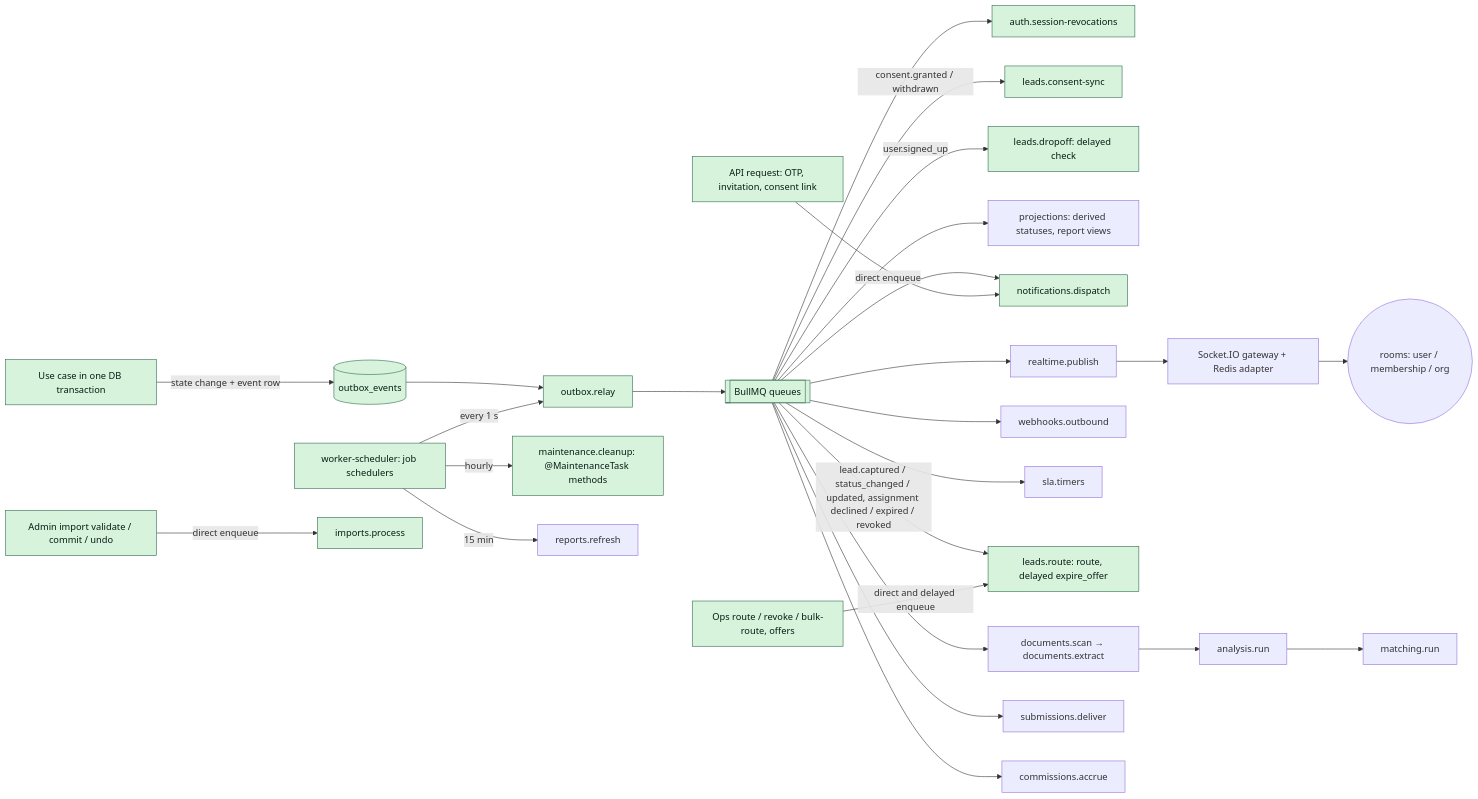
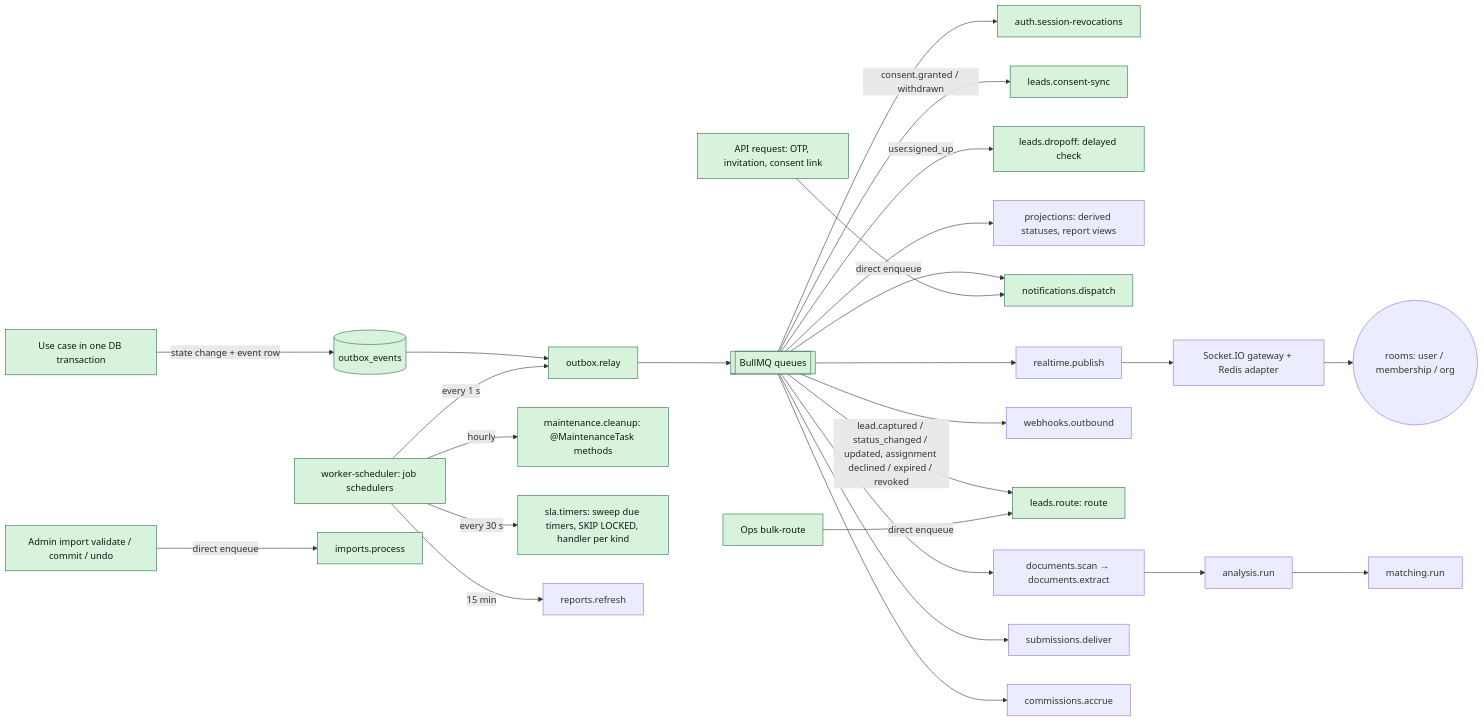
Before and after one commit to Shaikhfaruk/fundenflo: diagram 14 of 14 in docs/ARCHITECTURE.md, drawn with Mermaid. The commit also changed other lines of this file and 70 other files, not shown here.

First line of the commit message:
M1.8c: SLA timers, activities and follow-ups

````diff
--- a/docs/ARCHITECTURE.md
+++ b/docs/ARCHITECTURE.md
@@ -457,30 +457,30 @@
 ```mermaid
 flowchart LR
   UC[Use case in one DB transaction] -->|state change + event row| OB[(outbox_events)]
   OB --> RELAY[outbox.relay]
   SCHED[worker-scheduler: job schedulers] -->|every 1 s| RELAY
   SCHED -->|hourly| MAINT[maintenance.cleanup: @MaintenanceTask methods]
   RELAY --> Q[[BullMQ queues]]
   Q --> REVOKE[auth.session-revocations]
   Q -->|consent.granted / withdrawn| CSYNC[leads.consent-sync]
   Q -->|user.signed_up| DROPQ[leads.dropoff: delayed check]
   Q --> PROJ[projections: derived statuses, report views]
   Q --> NOTIF[notifications.dispatch]
   Q --> RTP[realtime.publish]
   Q --> WHO[webhooks.outbound]
-  Q --> SLAQ[sla.timers]
-  Q -->|lead.captured / status_changed / updated, assignment declined / expired / revoked| ROUTEQ[leads.route: route, delayed expire_offer]
-  OPSR[Ops route / revoke / bulk-route, offers] -->|direct and delayed enqueue| ROUTEQ
+  SCHED -->|every 30 s| SLAQ[sla.timers: sweep due timers, SKIP LOCKED, handler per kind]
+  Q -->|lead.captured / status_changed / updated, assignment declined / expired / revoked| ROUTEQ[leads.route: route]
+  OPSR[Ops bulk-route] -->|direct enqueue| ROUTEQ
   Q --> DOCQ[documents.scan → documents.extract]
   DOCQ --> ANQ[analysis.run]
   ANQ --> MQ2[matching.run]
   Q --> SUBQ[submissions.deliver]
   Q --> COMQ[commissions.accrue]
   RTP --> GW[Socket.IO gateway + Redis adapter]
   GW --> ROOMS((rooms: user / membership / org))
   IMPAPI[Admin import validate / commit / undo] -->|direct enqueue| IMPQ[imports.process]
   SCHED -->|15 min| REP[reports.refresh]
   API[API request: OTP, invitation, consent link] -->|direct enqueue| NOTIF
   classDef built fill:#d8f3dc,stroke:#2d6a4f,color:#081c15
-  class UC,OB,RELAY,SCHED,MAINT,Q,REVOKE,CSYNC,DROPQ,NOTIF,API,IMPAPI,IMPQ,ROUTEQ,OPSR built
+  class UC,OB,RELAY,SCHED,MAINT,Q,REVOKE,CSYNC,DROPQ,NOTIF,API,IMPAPI,IMPQ,ROUTEQ,OPSR,SLAQ built
 ```
````
